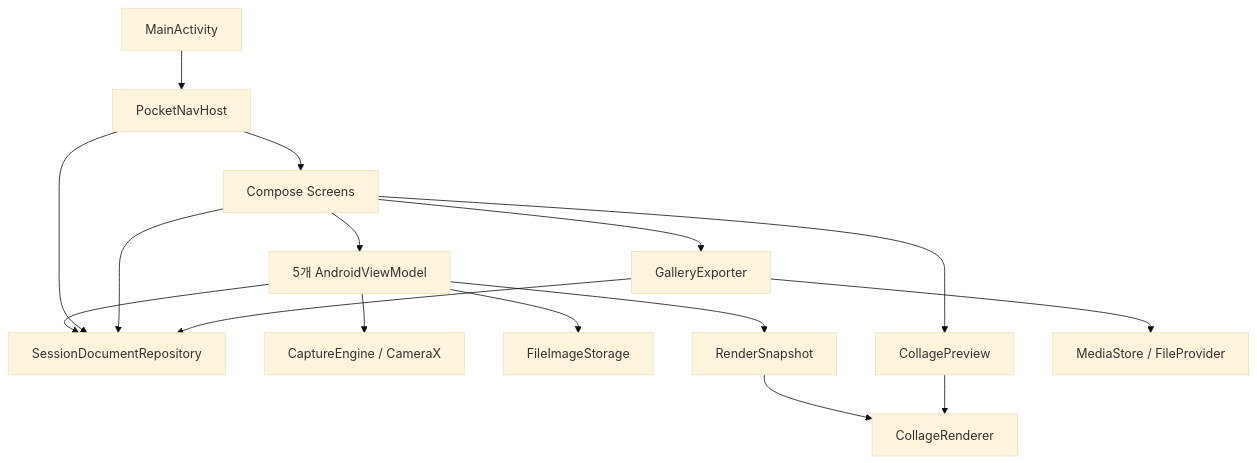
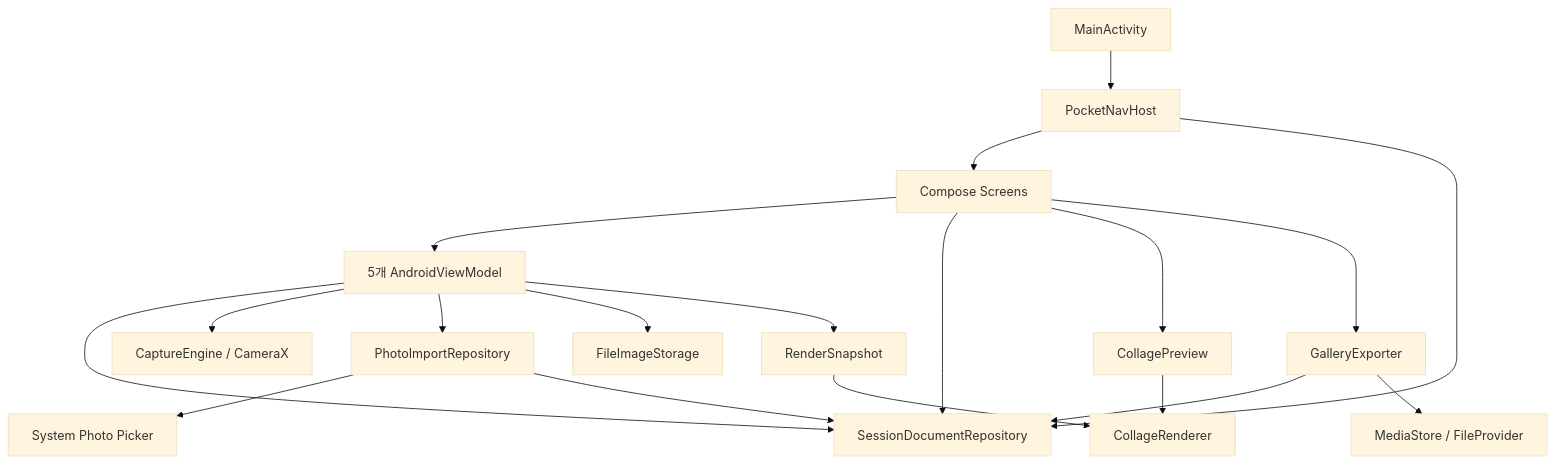
Before and after one commit to sin-jun-woo/Pocket-4Cut-Android: the first of 2 diagrams in docs/ARCHITECTURE.md, drawn with Mermaid (base theme). The commit also changed other lines of this file and 36 other files, not shown here.

````diff
--- a/docs/ARCHITECTURE.md
+++ b/docs/ARCHITECTURE.md
@@ -23,18 +23,21 @@
 ```mermaid
 flowchart TD
     Activity[MainActivity] --> Nav[PocketNavHost]
     Nav --> UI[Compose Screens]
     UI --> VM[5개 AndroidViewModel]
     VM --> Store[SessionDocumentRepository]
     Nav --> Store
     UI --> Store
     VM --> Camera[CaptureEngine / CameraX]
+    VM --> Import[PhotoImportRepository]
+    Import --> Picker[System Photo Picker]
+    Import --> Store
     VM --> Storage[FileImageStorage]
     VM --> Snapshot[RenderSnapshot]
     Snapshot --> Renderer[CollageRenderer]
     UI --> Preview[CollagePreview]
     Preview --> Renderer
     UI --> Exporter[GalleryExporter]
     Exporter --> Store
     Exporter --> Media[MediaStore / FileProvider]
 ```
````
